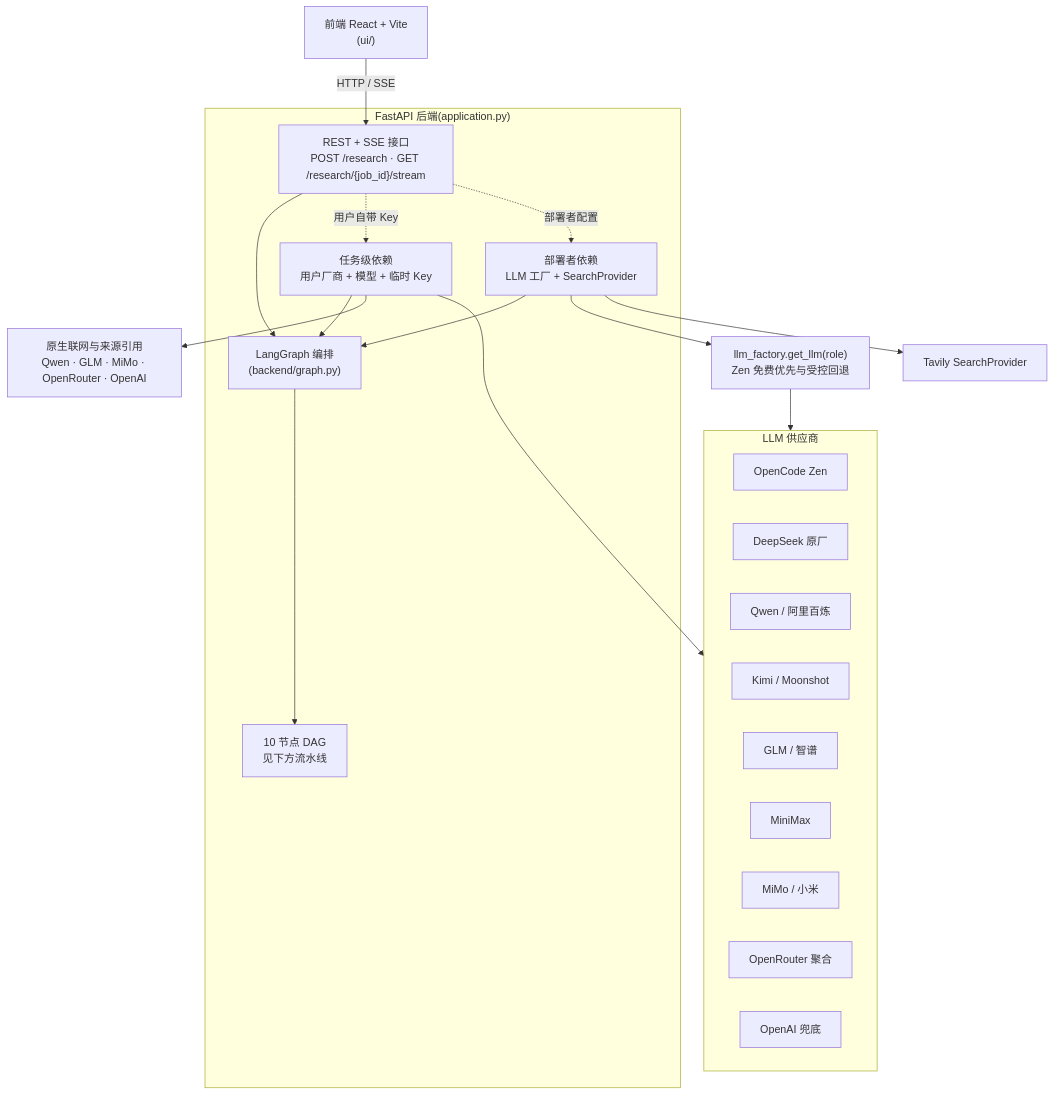
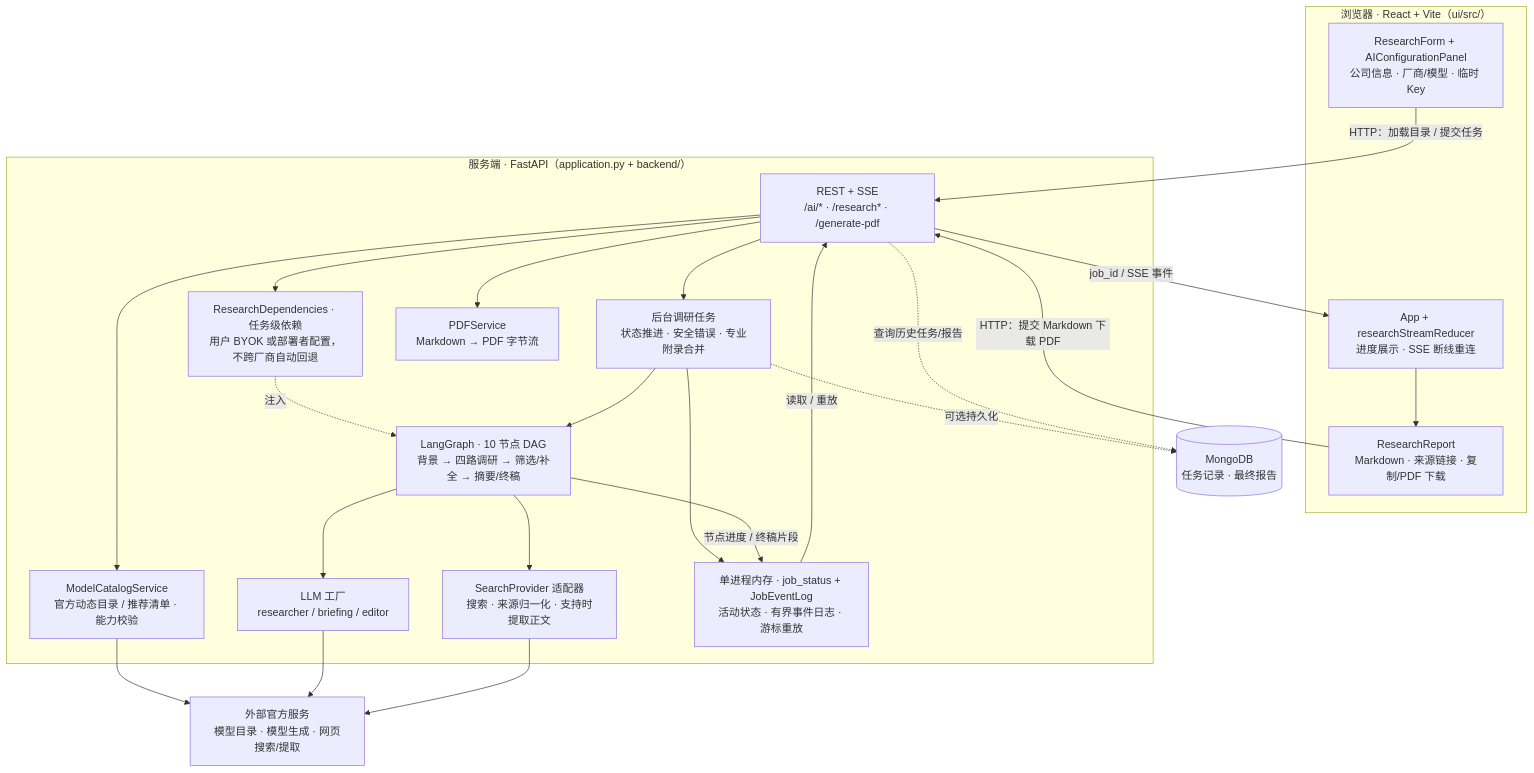
One commit to zqf20096327/ai_collect changed the first of 2 diagrams in data/readmes/BovmantH__cn-company-research-agent.md. Above: the diagram before and after it, drawn with Mermaid. The commit also changed other lines of this file and 1934 other files, not shown here.

````diff
--- a/data/readmes/BovmantH__cn-company-research-agent.md
+++ b/data/readmes/BovmantH__cn-company-research-agent.md
@@ -63,32 +84,42 @@
 ```mermaid
 flowchart TB
-    UI["前端 React + Vite<br/>(ui/)"] -- HTTP / SSE --> API
-    subgraph Backend["FastAPI 后端(application.py)"]
-        API["REST + SSE 接口<br/>POST /research · GET /research/{job_id}/stream"]
-        ClientDeps["任务级依赖<br/>用户厂商 + 模型 + 临时 Key"]
-        ServerDeps["部署者依赖<br/>LLM 工厂 + SearchProvider"]
-        Graph["LangGraph 编排<br/>(backend/graph.py)"]
-        API --> Graph
-        API -.用户自带 Key.-> ClientDeps
-        API -.部署者配置.-> ServerDeps
-        ClientDeps --> Graph
-        ServerDeps --> Graph
-        Graph --> Pipeline["10 节点 DAG<br/>见下方流水线"]
+    subgraph Frontend["浏览器 · React + Vite（ui/src/）"]
+        Form["ResearchForm + AIConfigurationPanel<br/>公司信息 · 厂商/模型 · 临时 Key"]
+        Progress["App + researchStreamReducer<br/>进度展示 · SSE 断线重连"]
+        Report["ResearchReport<br/>Markdown · 来源链接 · 复制/PDF 下载"]
+        Progress --> Report
     end
-    ClientDeps --> NativeSearch["原生联网与来源引用<br/>Qwen · GLM · MiMo · OpenRouter · OpenAI"]
-    ServerDeps --> LLM["llm_factory.get_llm(role)<br/>Zen 免费优先与受控回退"]
-    ServerDeps --> Tavily["Tavily SearchProvider"]
-    ClientDeps --> Vendors
-    LLM --> Vendors
-    subgraph Vendors["LLM 供应商"]
-        OC[OpenCode Zen]
-        D[DeepSeek 原厂]
-        Q[Qwen / 阿里百炼]
-        K[Kimi / Moonshot]
-        G[GLM / 智谱]
-        MM[MiniMax]
-        M[MiMo / 小米]
-        OR[OpenRouter 聚合]
-        OAI[OpenAI 兜底]
+    Form -->|HTTP：加载目录 / 提交任务| API
+    API -->|job_id / SSE 事件| Progress
+    Report -->|HTTP：提交 Markdown 下载 PDF| API
+
+    subgraph Backend["服务端 · FastAPI（application.py + backend/）"]
+        API["REST + SSE<br/>/ai/* · /research* · /generate-pdf"]
+        Catalog["ModelCatalogService<br/>官方动态目录 / 推荐清单 · 能力校验"]
+        Jobs["后台调研任务<br/>状态推进 · 安全错误 · 专业附录合并"]
+        Deps["ResearchDependencies · 任务级依赖<br/>用户 BYOK 或部署者配置，不跨厂商自动回退"]
+        Graph["LangGraph · 10 节点 DAG<br/>背景 → 四路调研 → 筛选/补全 → 摘要/终稿"]
+        Models["LLM 工厂<br/>researcher / briefing / editor"]
+        Search["SearchProvider 适配器<br/>搜索 · 来源归一化 · 支持时提取正文"]
+        Events["单进程内存 · job_status + JobEventLog<br/>活动状态 · 有界事件日志 · 游标重放"]
+        PDF["PDFService<br/>Markdown → PDF 字节流"]
+
+        API --> Catalog
+        API --> Jobs
+        API --> Deps
+        Deps -.注入.-> Graph
+        Jobs --> Graph
+        Graph --> Models
+        Graph --> Search
+        Jobs --> Events
+        Graph -->|节点进度 / 终稿片段| Events
+        Events -->|读取 / 重放| API
+        API --> PDF
     end
+
+    Catalog --> Vendors["外部官方服务<br/>模型目录 · 模型生成 · 网页搜索/提取"]
+    Models --> Vendors
+    Search --> Vendors
+    Jobs -.可选持久化.-> Mongo[("MongoDB<br/>任务记录 · 最终报告")]
+    API -.查询历史任务/报告.-> Mongo
 ```
````
